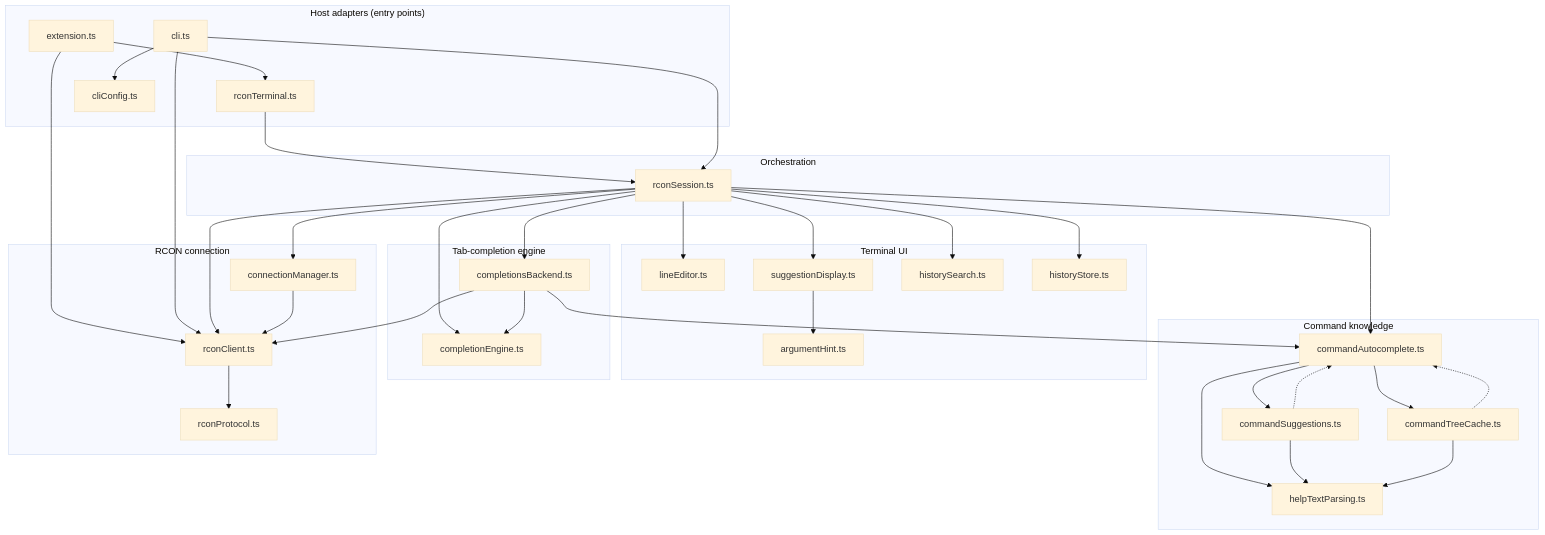
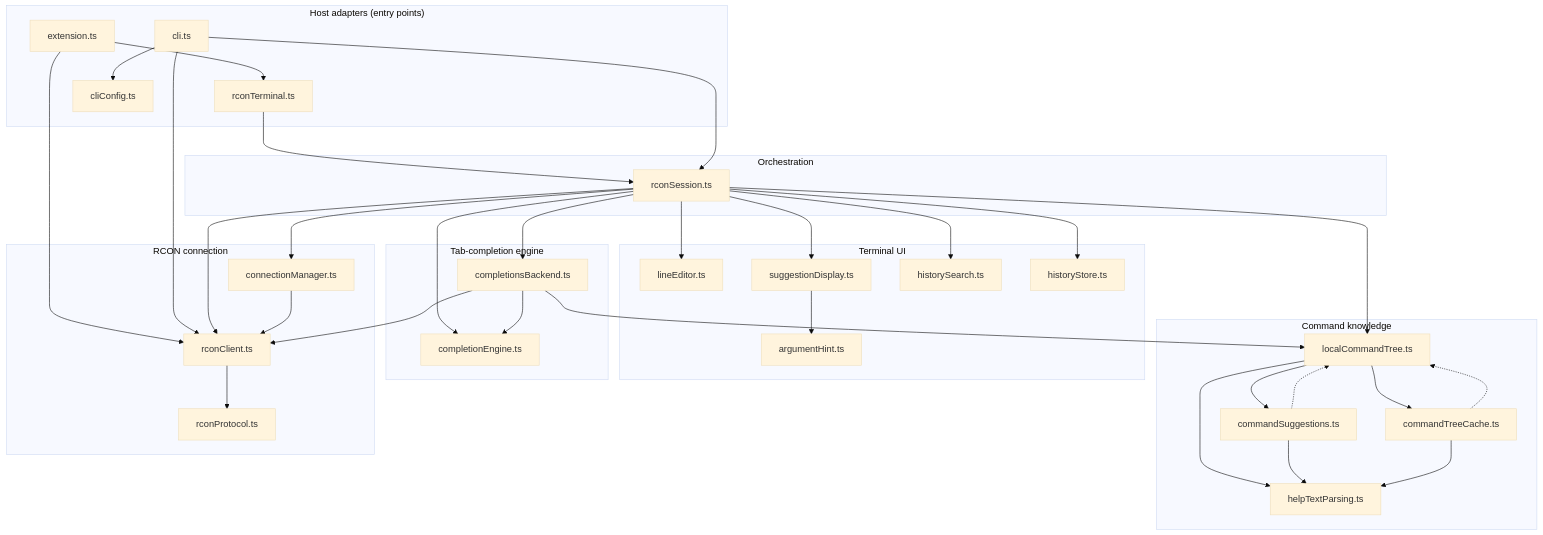
Before and after one commit to xton/minercon: the diagram in docs/ARCHITECTURE.md, drawn with Mermaid (base theme). The commit also changed other lines of this file and 18 other files, not shown here.

Commit message:
refactor: commandAutocomplete.ts -> localCommandTree.ts

````diff
--- a/docs/ARCHITECTURE.md
+++ b/docs/ARCHITECTURE.md
@@ -85,73 +85,73 @@
 ```mermaid
 graph TD
     subgraph Adapters["Host adapters (entry points)"]
         extension[extension.ts]
         rconTerminal[rconTerminal.ts]
         cli[cli.ts]
         cliConfig[cliConfig.ts]
     end
 
     subgraph Orchestration
         rconSession[rconSession.ts]
     end
 
     subgraph UI["Terminal UI"]
         lineEditor[lineEditor.ts]
         suggestionDisplay[suggestionDisplay.ts]
         argumentHint[argumentHint.ts]
         historySearch[historySearch.ts]
         historyStore[historyStore.ts]
     end
 
     subgraph Completion["Tab-completion engine"]
         completionEngine[completionEngine.ts]
         completionsBackend[completionsBackend.ts]
     end
 
     subgraph Knowledge["Command knowledge"]
-        commandAutocomplete[commandAutocomplete.ts]
+        localCommandTree[localCommandTree.ts]
         commandSuggestions[commandSuggestions.ts]
         commandTreeCache[commandTreeCache.ts]
         helpTextParsing[helpTextParsing.ts]
     end
 
     subgraph Connection["RCON connection"]
         connectionManager[connectionManager.ts]
         rconClient[rconClient.ts]
         rconProtocol[rconProtocol.ts]
     end
 
     extension --> rconTerminal
     extension --> rconClient
     rconTerminal --> rconSession
     cli --> rconSession
     cli --> cliConfig
     cli --> rconClient
 
     rconSession --> connectionManager
     rconSession --> lineEditor
     rconSession --> suggestionDisplay
     rconSession --> completionEngine
     rconSession --> completionsBackend
-    rconSession --> commandAutocomplete
+    rconSession --> localCommandTree
     rconSession --> historySearch
     rconSession --> historyStore
     rconSession --> rconClient
 
     suggestionDisplay --> argumentHint
 
     completionsBackend --> completionEngine
-    completionsBackend --> commandAutocomplete
+    completionsBackend --> localCommandTree
     completionsBackend --> rconClient
 
-    commandAutocomplete --> commandSuggestions
-    commandAutocomplete --> commandTreeCache
-    commandAutocomplete --> helpTextParsing
-    commandSuggestions -.-> commandAutocomplete
-    commandTreeCache -.-> commandAutocomplete
+    localCommandTree --> commandSuggestions
+    localCommandTree --> commandTreeCache
+    localCommandTree --> helpTextParsing
+    commandSuggestions -.-> localCommandTree
+    commandTreeCache -.-> localCommandTree
     commandSuggestions --> helpTextParsing
     commandTreeCache --> helpTextParsing
 
     connectionManager --> rconClient
     rconClient --> rconProtocol
 ```
````
